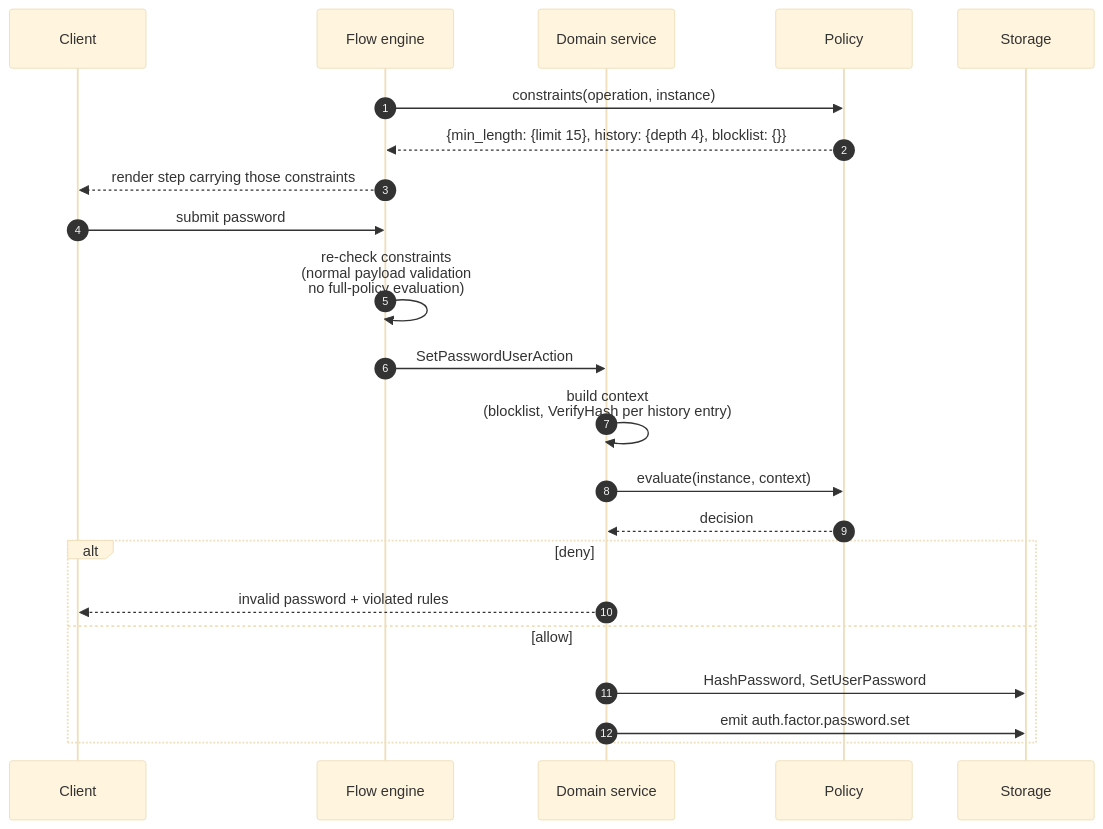
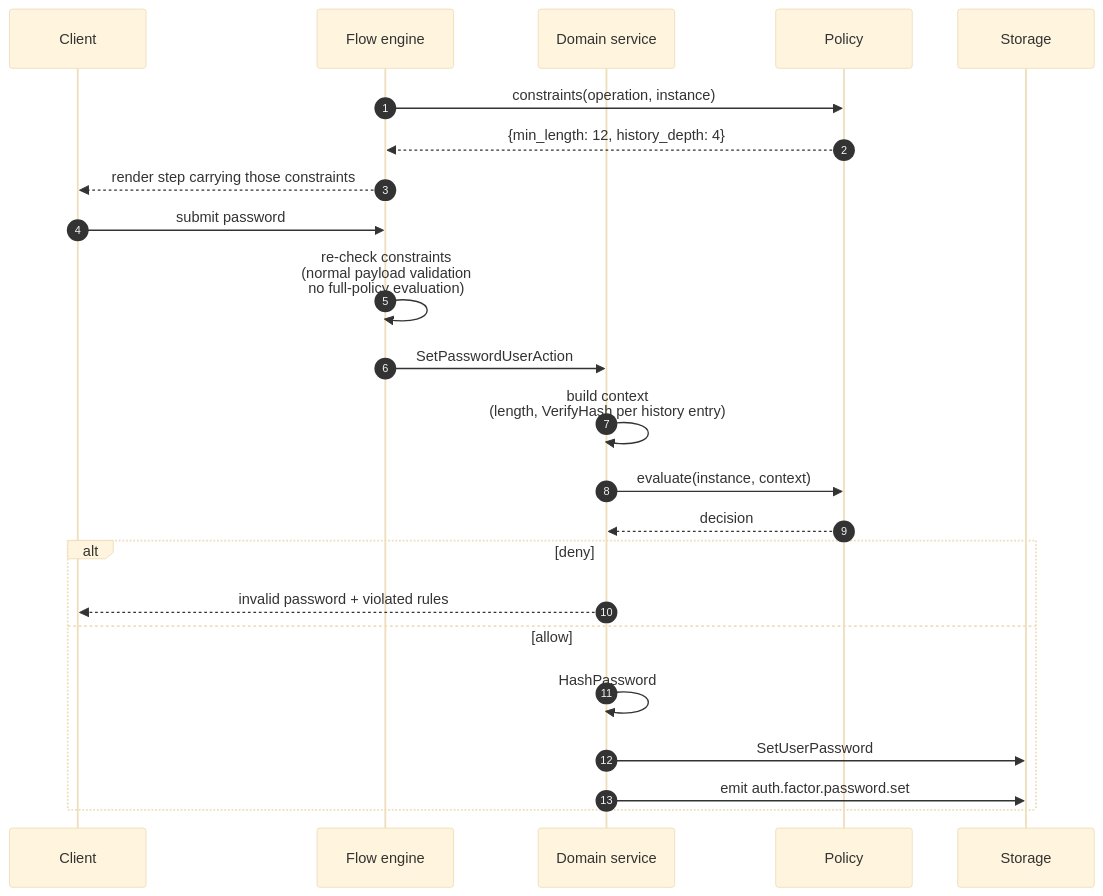
Before and after one commit to zitadel/nextgen: the diagram in docs/adrs/066-operation-policies.md, drawn with Mermaid (base theme). The commit also changed other lines of this file and 18 other files, not shown here.

````diff
--- a/docs/adrs/066-operation-policies.md
+++ b/docs/adrs/066-operation-policies.md
@@ -265,25 +315,26 @@
 ```mermaid
 sequenceDiagram
     autonumber
     participant C as Client
     participant F as Flow engine
     participant S as Domain service
     participant P as Policy
     participant DB as Storage
 
     F->>P: constraints(operation, instance)
-    P-->>F: {min_length: {limit 15}, history: {depth 4}, blocklist: {}}
+    P-->>F: {min_length: 12, history_depth: 4}
     F-->>C: render step carrying those constraints
     C->>F: submit password
     F->>F: re-check constraints<br>(normal payload validation<br>no full-policy evaluation)
     F->>S: SetPasswordUserAction
-    S->>S: build context<br>(blocklist, VerifyHash per history entry)
+    S->>S: build context<br>(length, VerifyHash per history entry)
     S->>P: evaluate(instance, context)
     P-->>S: decision
     alt deny
         S-->>C: invalid password + violated rules
     else allow
-        S->>DB: HashPassword, SetUserPassword
+        S->>S: HashPassword
+        S->>DB: SetUserPassword
         S->>DB: emit auth.factor.password.set
     end
 ```
````
